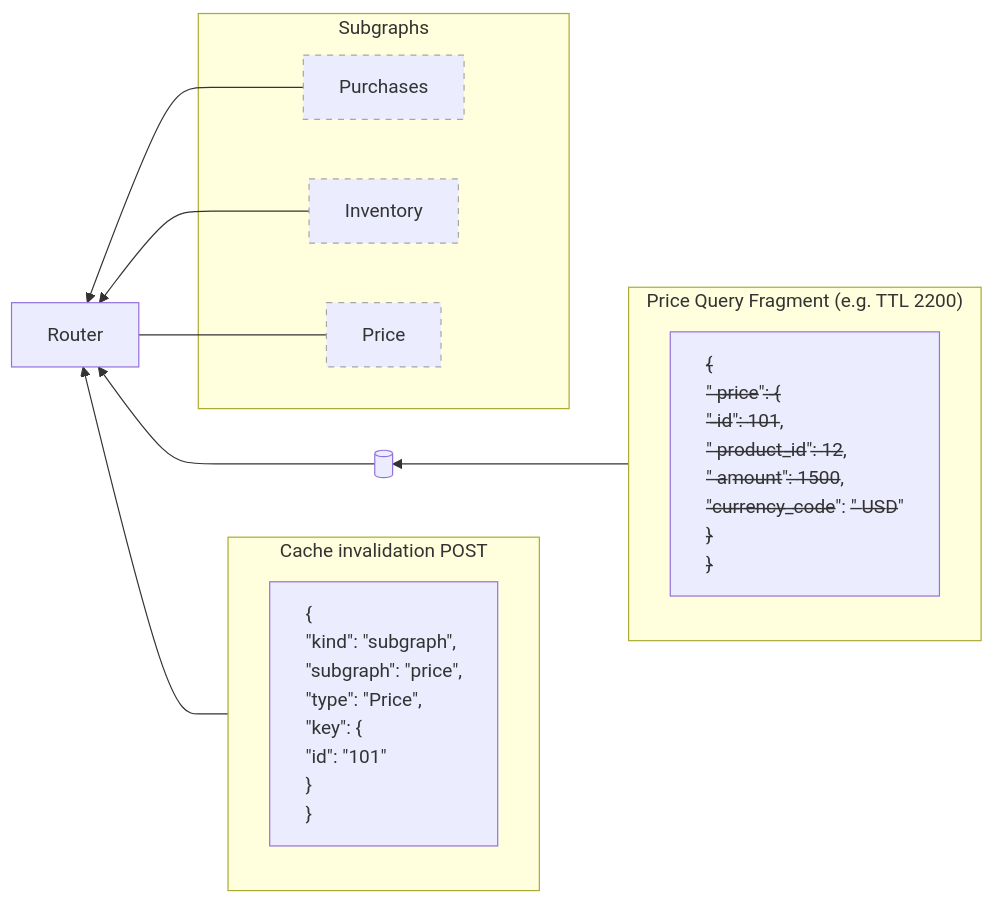
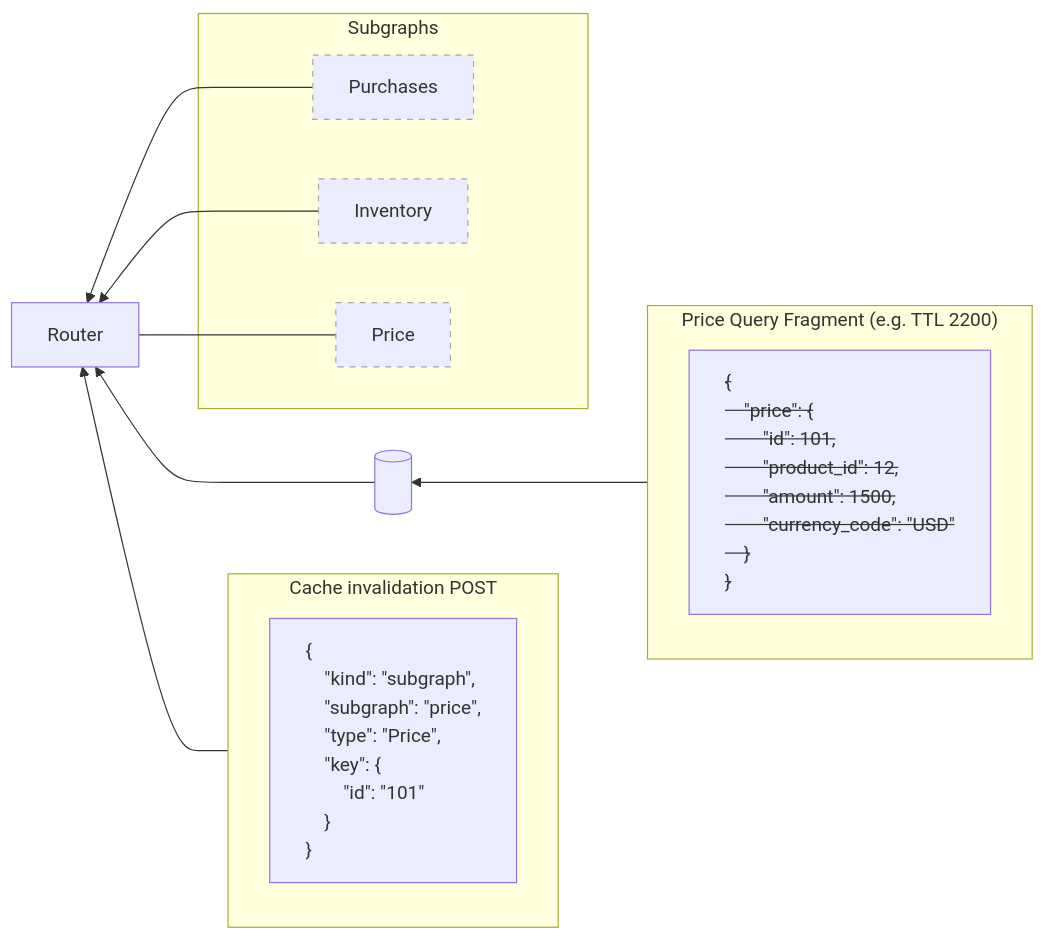
Before and after one commit to apollographql/router: the second of 2 diagrams in docs/source/routing/performance/caching/entity.mdx, drawn with Mermaid. The commit also changed other lines of this file, not shown here.

Commit message:
Use <del> tags

````diff
--- a/docs/source/routing/performance/caching/entity.mdx
+++ b/docs/source/routing/performance/caching/entity.mdx
@@ -218,47 +218,46 @@
 ```mermaid
-
 flowchart RL
 	subgraph QueryResponse["Cache invalidation POST"]
 		n1["{
-			&quot;kind&quot;: &quot;subgraph&quot;,
-			&quot;subgraph&quot;: &quot;price&quot;,
-			&quot;type&quot;: &quot;Price&quot;,
-			&quot;key&quot;: {
-			&quot;id&quot;: &quot;101&quot;
-			}
+			&nbsp;&nbsp;&nbsp;&nbsp;&quot;kind&quot;: &quot;subgraph&quot;,
+			&nbsp;&nbsp;&nbsp;&nbsp;&quot;subgraph&quot;: &quot;price&quot;,
+			&nbsp;&nbsp;&nbsp;&nbsp;&quot;type&quot;: &quot;Price&quot;,
+			&nbsp;&nbsp;&nbsp;&nbsp;&quot;key&quot;: {
+			&nbsp;&nbsp;&nbsp;&nbsp;&nbsp;&nbsp;&nbsp;&nbsp;&quot;id&quot;: &quot;101&quot;
+			&nbsp;&nbsp;&nbsp;&nbsp;}
 		}"]
     end
 
 	subgraph Subgraphs["Subgraphs"]
 		Purchases["Purchases"]
 		Inventory["Inventory"]
 		Price["Price"]
 	end
 
 	subgraph PriceQueryFragment["Price Query Fragment (e.g. TTL 2200)"]
-		n2[" ̶{̶
-    	&quot; ̶p̶r̶i̶c̶e̶&quot;:  ̶{̶
-        &quot; ̶i̶d̶&quot;:  ̶1̶0̶1̶,
-        &quot; ̶p̶r̶o̶d̶u̶c̶t̶_̶i̶d̶&quot;:  ̶1̶2̶,
-        &quot; ̶a̶m̶o̶u̶n̶t̶&quot;:  ̶1̶5̶0̶0̶,
-        &quot;̶c̶u̶r̶r̶e̶n̶c̶y̶_̶c̶o̶d̶e̶&quot;: &quot; ̶U̶S̶D̶&quot;
-    	 ̶}̶
-		 ̶}̶"]
+		n2["<del>{
+    	&nbsp;&nbsp;&nbsp;&nbsp;&quot;price&quot;: {
+        &nbsp;&nbsp;&nbsp;&nbsp;&nbsp;&nbsp;&nbsp;&nbsp;&quot;id&quot;: 101,
+        &nbsp;&nbsp;&nbsp;&nbsp;&nbsp;&nbsp;&nbsp;&nbsp;&quot;product_id&quot;: 12,
+        &nbsp;&nbsp;&nbsp;&nbsp;&nbsp;&nbsp;&nbsp;&nbsp;&quot;amount&quot;: 1500,
+        &nbsp;&nbsp;&nbsp;&nbsp;&nbsp;&nbsp;&nbsp;&nbsp;&quot;currency_code&quot;: &quot;USD&quot;
+    	&nbsp;&nbsp;&nbsp;&nbsp;}
+		}</del>"]
 	end
 
 	Router
-	Database[( )]
+	Database[("&nbsp;&nbsp;&nbsp;&nbsp;")]
 
     QueryResponse --> Router
 	Purchases --> Router
 	Inventory --> Router
 	Price --- Router
 	PriceQueryFragment --> Database
 	Database --> Router
 
 	style n1 text-align:left
 	style Price border:none,stroke-width:1px,stroke-dasharray:5 5,stroke:#A6A6A6
 	style Purchases border:none,stroke-width:1px,stroke-dasharray:5 5,stroke:#A6A6A6
 	style Inventory border:none,stroke-width:1px,stroke-dasharray:5 5,stroke:#A6A6A6
 	style n2 text-align:left
 ```
````
